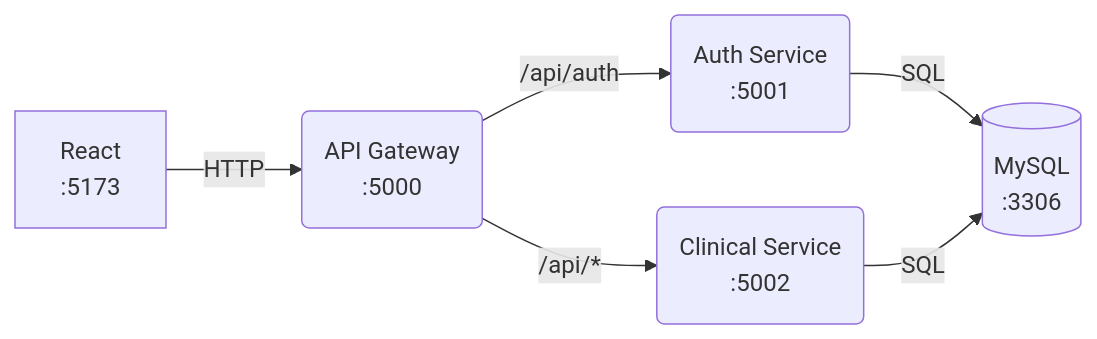
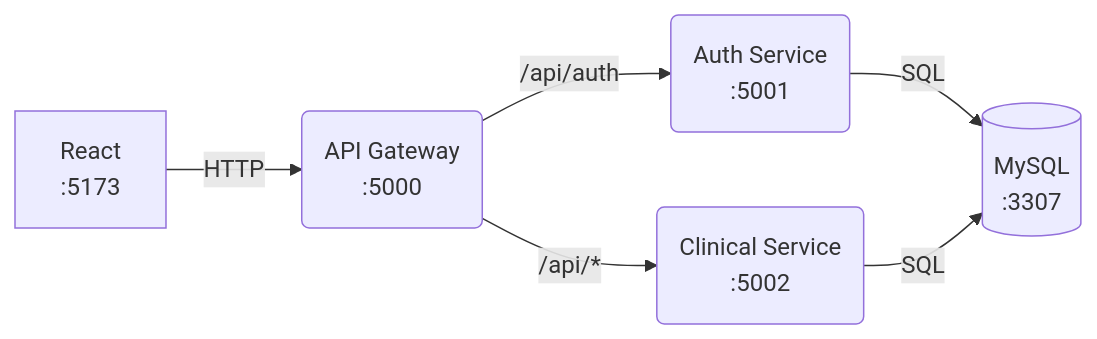
One commit to rcalonso-eng/HEALTHGUARD-PRO-ENTREGA changed the diagram in README.md. Above: the diagram before and after it, drawn with Mermaid. The commit also changed 3 other files, not shown here.

````diff
--- a/README.md
+++ b/README.md
@@ -25,8 +25,8 @@
 ```mermaid
 flowchart LR
     A[React\n:5173] -->|HTTP| B(API Gateway\n:5000)
     B -->|/api/auth| C(Auth Service\n:5001)
     B -->|/api/*| D(Clinical Service\n:5002)
-    C -->|SQL| E[(MySQL\n:3306)]
+    C -->|SQL| E[(MySQL\n:3307)]
     D -->|SQL| E
 ```
````
